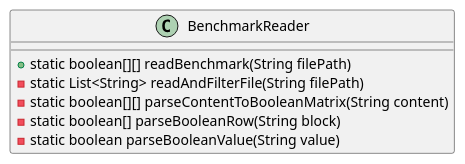
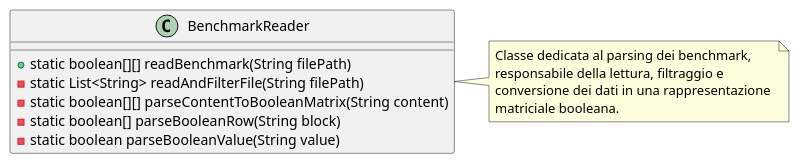
The diagram in src/main/plantuml/BenchmarkReader.puml (Kevin-L-Github/asd-project), drawn with PlantUML before and after one commit. The commit also changed 13 other files, not shown here.

```diff
--- a/src/main/plantuml/BenchmarkReader.puml
+++ b/src/main/plantuml/BenchmarkReader.puml
@@ -1,10 +1,18 @@
 @startuml BenchmarkReader
 
 class BenchmarkReader {
     + static boolean[][] readBenchmark(String filePath)
     - static List<String> readAndFilterFile(String filePath)
     - static boolean[][] parseContentToBooleanMatrix(String content)
     - static boolean[] parseBooleanRow(String block)
     - static boolean parseBooleanValue(String value)
 }
+
+note right of BenchmarkReader
+    Classe dedicata al parsing dei benchmark, 
+    responsabile della lettura, filtraggio e 
+    conversione dei dati in una rappresentazione 
+    matriciale booleana.
+end note
+
 @enduml
```
